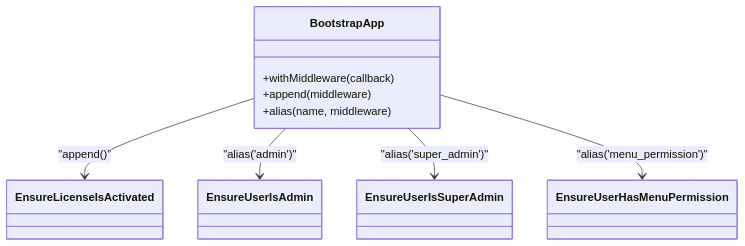
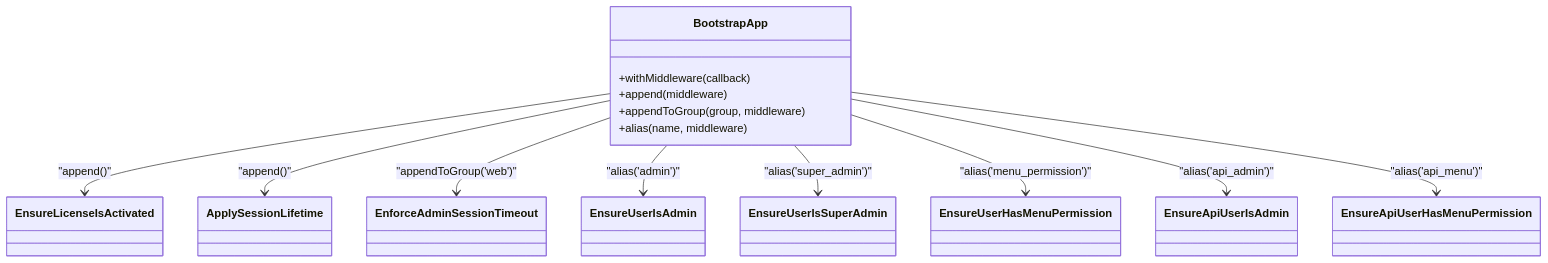
One commit to mahbub095/bus-app changed the tenth of 13 diagrams in .qoder/repowiki/en/content/System Architecture/Backend Architecture/Middleware Pipeline.md. Above: the diagram before and after it, drawn with Mermaid. The commit also changed other lines of this file and 130 other files, not shown here.

````diff
--- a/.qoder/repowiki/en/content/System Architecture/Backend Architecture/Middleware Pipeline.md
+++ b/.qoder/repowiki/en/content/System Architecture/Backend Architecture/Middleware Pipeline.md
@@ -271,16 +374,25 @@
 ```mermaid
 classDiagram
 class BootstrapApp {
 +withMiddleware(callback)
 +append(middleware)
++appendToGroup(group, middleware)
 +alias(name, middleware)
 }
 class EnsureLicenseIsActivated
+class ApplySessionLifetime
+class EnforceAdminSessionTimeout
 class EnsureUserIsAdmin
 class EnsureUserIsSuperAdmin
 class EnsureUserHasMenuPermission
+class EnsureApiUserIsAdmin
+class EnsureApiUserHasMenuPermission
 BootstrapApp --> EnsureLicenseIsActivated : "append()"
+BootstrapApp --> ApplySessionLifetime : "append()"
+BootstrapApp --> EnforceAdminSessionTimeout : "appendToGroup('web')"
 BootstrapApp --> EnsureUserIsAdmin : "alias('admin')"
 BootstrapApp --> EnsureUserIsSuperAdmin : "alias('super_admin')"
 BootstrapApp --> EnsureUserHasMenuPermission : "alias('menu_permission')"
+BootstrapApp --> EnsureApiUserIsAdmin : "alias('api_admin')"
+BootstrapApp --> EnsureApiUserHasMenuPermission : "alias('api_menu')"
 ```
````
